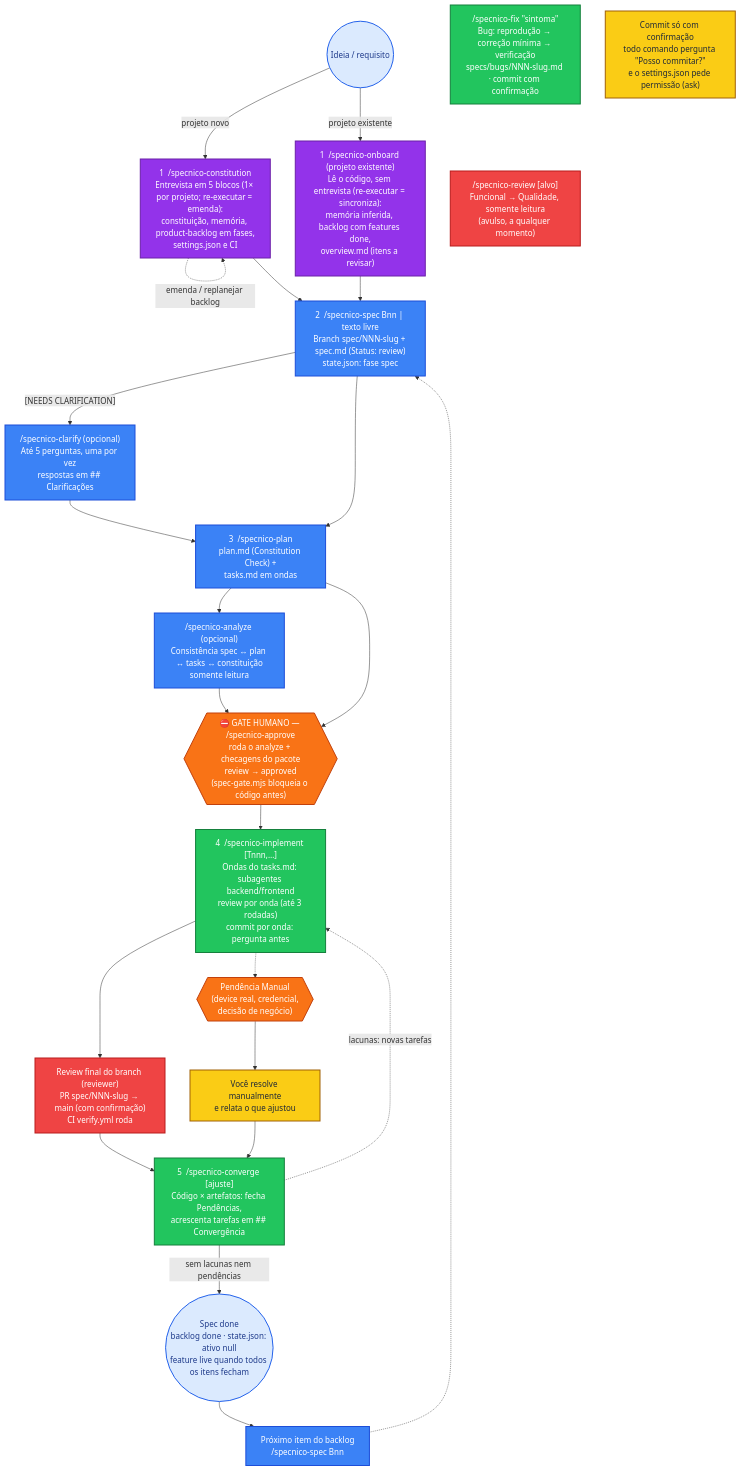
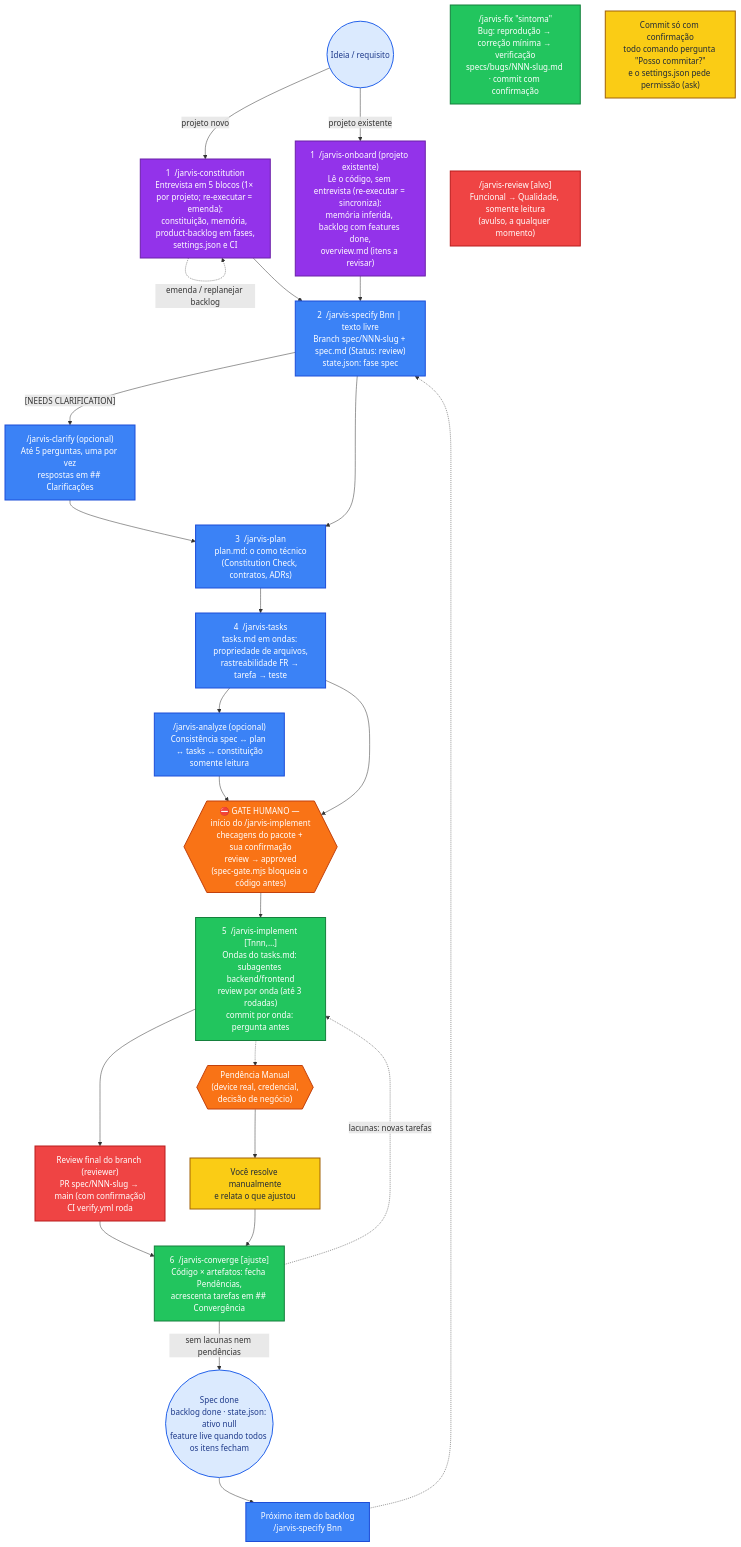
Before and after one commit to robertourias/scaffold-ia-projetos: the diagram in meta/assets/fluxo-workflow.mmd, drawn with Mermaid. The commit also changed 59 other files, not shown here.

First line of the commit message:
feat!: comandos /jarvis-* alinhados ao Spec Kit (3.0.0)

```diff
--- a/meta/assets/fluxo-workflow.mmd
+++ b/meta/assets/fluxo-workflow.mmd
@@ -1,51 +1,53 @@
 graph TD
   Start(("Ideia / requisito"))
-  Const["1  /specnico-constitution<br/>Entrevista em 5 blocos (1× por projeto; re-executar = emenda):<br/>constituição, memória, product-backlog em fases,<br/>settings.json e CI"]
-  Onboard["1  /specnico-onboard (projeto existente)<br/>Lê o código, sem entrevista (re-executar = sincroniza):<br/>memória inferida, backlog com features done,<br/>overview.md (itens a revisar)"]
-  Spec["2  /specnico-spec Bnn | texto livre<br/>Branch spec/NNN-slug + spec.md (Status: review)<br/>state.json: fase spec"]
-  Clarify["/specnico-clarify (opcional)<br/>Até 5 perguntas, uma por vez<br/>respostas em ## Clarificações"]
-  Plan["3  /specnico-plan<br/>plan.md (Constitution Check) +<br/>tasks.md em ondas"]
-  Analyze["/specnico-analyze (opcional)<br/>Consistência spec ↔ plan ↔ tasks ↔ constituição<br/>somente leitura"]
-  Gate{{"⛔ GATE HUMANO — /specnico-approve<br/>roda o analyze + checagens do pacote<br/>review → approved<br/>(spec-gate.mjs bloqueia o código antes)"}}
-  Impl["4  /specnico-implement [Tnnn,…]<br/>Ondas do tasks.md: subagentes backend/frontend<br/>review por onda (até 3 rodadas)<br/>commit por onda: pergunta antes"]
+  Const["1  /jarvis-constitution<br/>Entrevista em 5 blocos (1× por projeto; re-executar = emenda):<br/>constituição, memória, product-backlog em fases,<br/>settings.json e CI"]
+  Onboard["1  /jarvis-onboard (projeto existente)<br/>Lê o código, sem entrevista (re-executar = sincroniza):<br/>memória inferida, backlog com features done,<br/>overview.md (itens a revisar)"]
+  Spec["2  /jarvis-specify Bnn | texto livre<br/>Branch spec/NNN-slug + spec.md (Status: review)<br/>state.json: fase spec"]
+  Clarify["/jarvis-clarify (opcional)<br/>Até 5 perguntas, uma por vez<br/>respostas em ## Clarificações"]
+  Plan["3  /jarvis-plan<br/>plan.md: o como técnico<br/>(Constitution Check, contratos, ADRs)"]
+  Tasks["4  /jarvis-tasks<br/>tasks.md em ondas: propriedade de arquivos,<br/>rastreabilidade FR → tarefa → teste"]
+  Analyze["/jarvis-analyze (opcional)<br/>Consistência spec ↔ plan ↔ tasks ↔ constituição<br/>somente leitura"]
+  Gate{{"⛔ GATE HUMANO — início do /jarvis-implement<br/>checagens do pacote + sua confirmação<br/>review → approved<br/>(spec-gate.mjs bloqueia o código antes)"}}
+  Impl["5  /jarvis-implement [Tnnn,…]<br/>Ondas do tasks.md: subagentes backend/frontend<br/>review por onda (até 3 rodadas)<br/>commit por onda: pergunta antes"]
   Pend{{"Pendência Manual<br/>(device real, credencial,<br/>decisão de negócio)"}}
   Resolve["Você resolve manualmente<br/>e relata o que ajustou"]
   FinalReview["Review final do branch (reviewer)<br/>PR spec/NNN-slug → main (com confirmação)<br/>CI verify.yml roda"]
-  Conv["5  /specnico-converge [ajuste]<br/>Código × artefatos: fecha Pendências,<br/>acrescenta tarefas em ## Convergência"]
+  Conv["6  /jarvis-converge [ajuste]<br/>Código × artefatos: fecha Pendências,<br/>acrescenta tarefas em ## Convergência"]
   Done(("Spec done<br/>backlog done · state.json: ativo null<br/>feature live quando todos os itens fecham"))
-  Fix["/specnico-fix &quot;sintoma&quot;<br/>Bug: reprodução → correção mínima → verificação<br/>specs/bugs/NNN-slug.md · commit com confirmação"]
-  Review["/specnico-review [alvo]<br/>Funcional → Qualidade, somente leitura<br/>(avulso, a qualquer momento)"]
-  Next["Próximo item do backlog<br/>/specnico-spec Bnn"]
+  Fix["/jarvis-fix &quot;sintoma&quot;<br/>Bug: reprodução → correção mínima → verificação<br/>specs/bugs/NNN-slug.md · commit com confirmação"]
+  Review["/jarvis-review [alvo]<br/>Funcional → Qualidade, somente leitura<br/>(avulso, a qualquer momento)"]
+  Next["Próximo item do backlog<br/>/jarvis-specify Bnn"]
   CommitRule["Commit só com confirmação<br/>todo comando pergunta &quot;Posso commitar?&quot;<br/>e o settings.json pede permissão (ask)"]
 
   Start -->|"projeto novo"| Const --> Spec
   Start -->|"projeto existente"| Onboard --> Spec
   Spec -->|"[NEEDS CLARIFICATION]"| Clarify --> Plan
   Spec --> Plan
-  Plan --> Analyze --> Gate
-  Plan --> Gate
+  Plan --> Tasks
+  Tasks --> Analyze --> Gate
+  Tasks --> Gate
   Gate --> Impl
   Impl --> FinalReview --> Conv
   Impl -.-> Pend --> Resolve --> Conv
   Conv -. "lacunas: novas tarefas" .-> Impl
   Conv -->|"sem lacunas nem pendências"| Done
   Done --> Next
   Next -.-> Spec
   Const -. "emenda / replanejar backlog" .-> Const
   Fix ~~~ Review
 
   classDef start fill:#dbeafe,stroke:#2563eb,stroke-width:2px,color:#1e3a8a;
   classDef initStyle fill:#9333ea,stroke:#6b21a8,stroke-width:2px,color:#ffffff;
   classDef flowStyle fill:#3b82f6,stroke:#1d4ed8,stroke-width:2px,color:#ffffff;
   classDef gateStyle fill:#f97316,stroke:#c2410c,stroke-width:2px,color:#ffffff;
   classDef workStyle fill:#22c55e,stroke:#15803d,stroke-width:2px,color:#ffffff;
   classDef reviewStyle fill:#ef4444,stroke:#b91c1c,stroke-width:2px,color:#ffffff;
   classDef noteStyle fill:#facc15,stroke:#a16207,stroke-width:2px,color:#1f2937;
 
   class Start,Done start;
   class Const,Onboard initStyle;
   class Gate,Pend gateStyle;
-  class Spec,Clarify,Plan,Analyze,Next flowStyle;
+  class Spec,Clarify,Plan,Tasks,Analyze,Next flowStyle;
   class Impl,Conv,Fix workStyle;
   class Review,FinalReview reviewStyle;
   class Resolve,CommitRule noteStyle;
```
